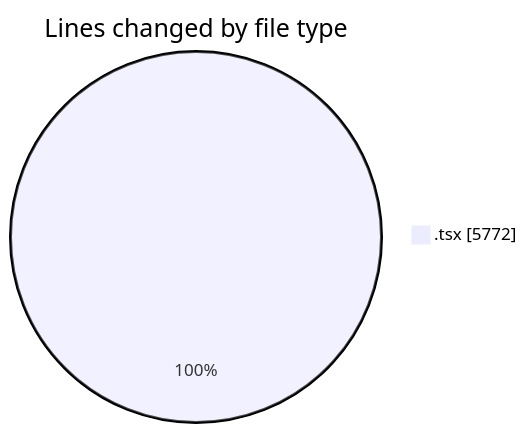
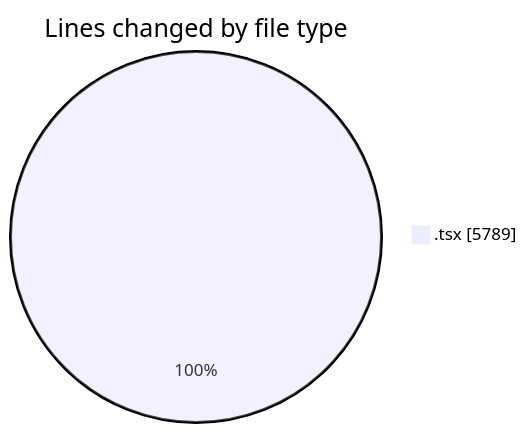
Before and after one commit to momahboobian/code-tracking: the first of 2 diagrams in 2025-12-04/cda/README.md, drawn with Mermaid. The commit also changed other lines of this file and 1 other file, not shown here.

````diff
--- a/2025-12-04/cda/README.md
+++ b/2025-12-04/cda/README.md
@@ -22,5 +22,5 @@
 ```mermaid
 pie showData
 title Lines changed by file type
-".tsx" : 5772
+".tsx" : 5789
 ```
````
